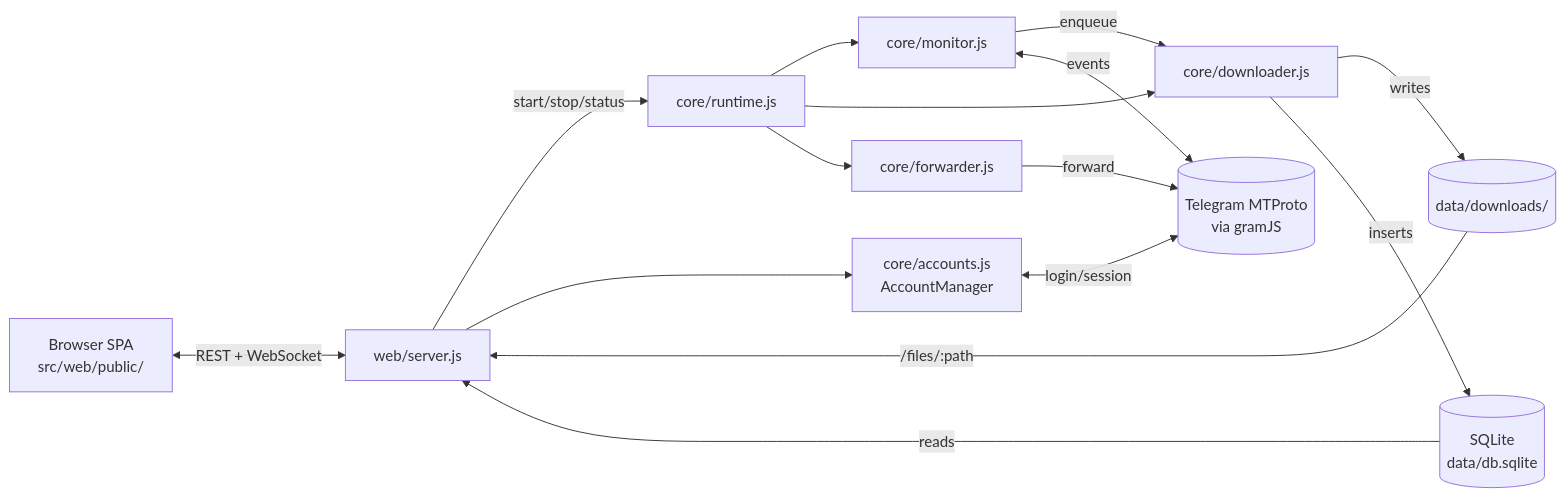
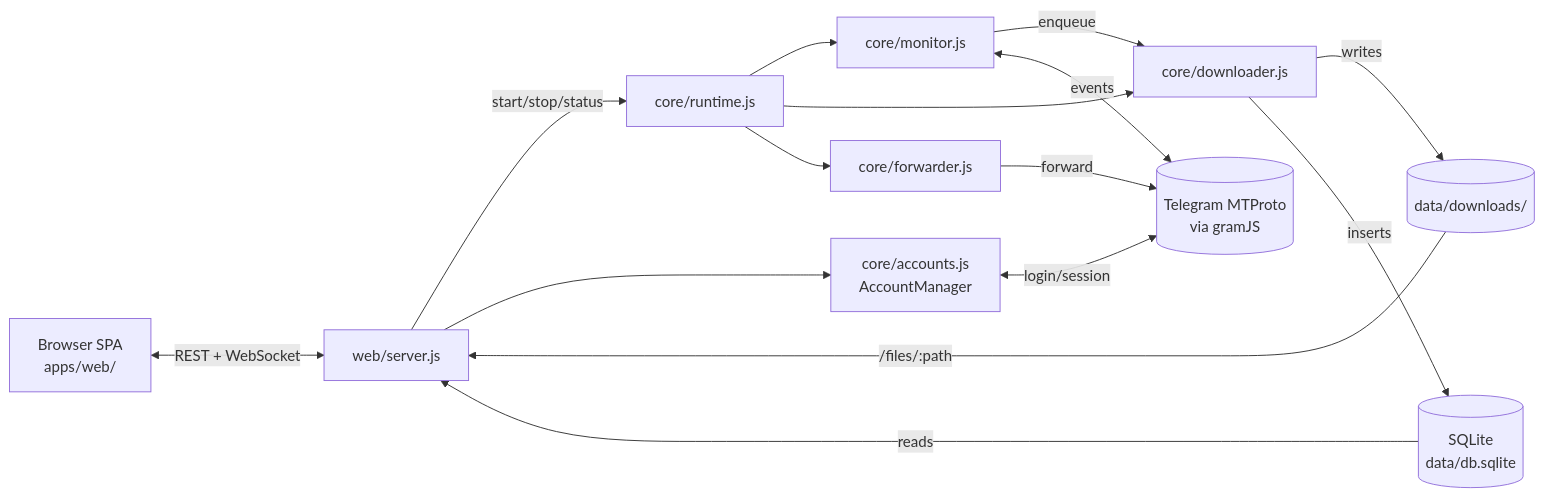
The diagram in docs/ARCHITECTURE.md (botnick/telegram-media-downloader), drawn with Mermaid before and after one commit. The commit also changed other lines of this file and 8 other files, not shown here.

````diff
--- a/docs/ARCHITECTURE.md
+++ b/docs/ARCHITECTURE.md
@@ -12,28 +12,28 @@
 ```mermaid
 flowchart LR
-    user[Browser SPA<br/>src/web/public/]
+    user[Browser SPA<br/>apps/web/]
     server[web/server.js]
     runtime[core/runtime.js]
     monitor[core/monitor.js]
     downloader[core/downloader.js]
     forwarder[core/forwarder.js]
     am[core/accounts.js<br/>AccountManager]
     db[(SQLite<br/>data/db.sqlite)]
     fs[(data/downloads/)]
     tg[(Telegram MTProto<br/>via gramJS)]
 
     user <-- REST + WebSocket --> server
     server -- start/stop/status --> runtime
     runtime --> monitor
     runtime --> downloader
     runtime --> forwarder
     server --> am
     monitor -- enqueue --> downloader
     forwarder -- forward --> tg
     am <-- login/session --> tg
     monitor <-- events --> tg
     downloader -- writes --> fs
     downloader -- inserts --> db
     db -- reads --> server
     fs -- /files/:path --> server
 ```
````
